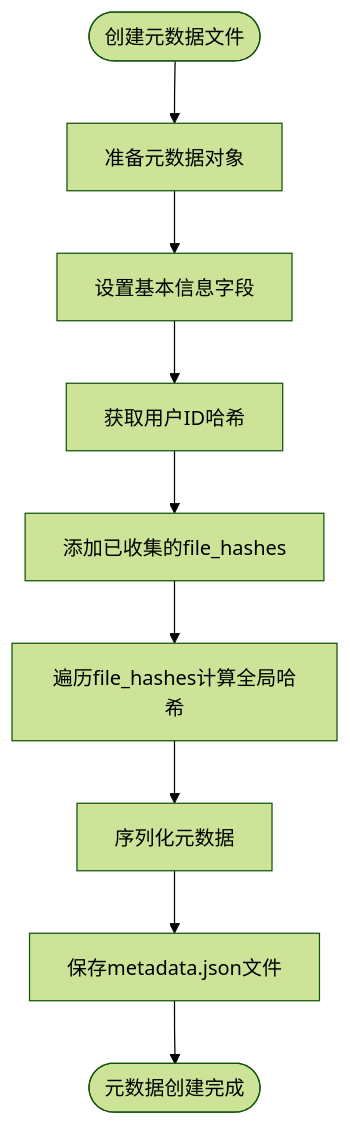
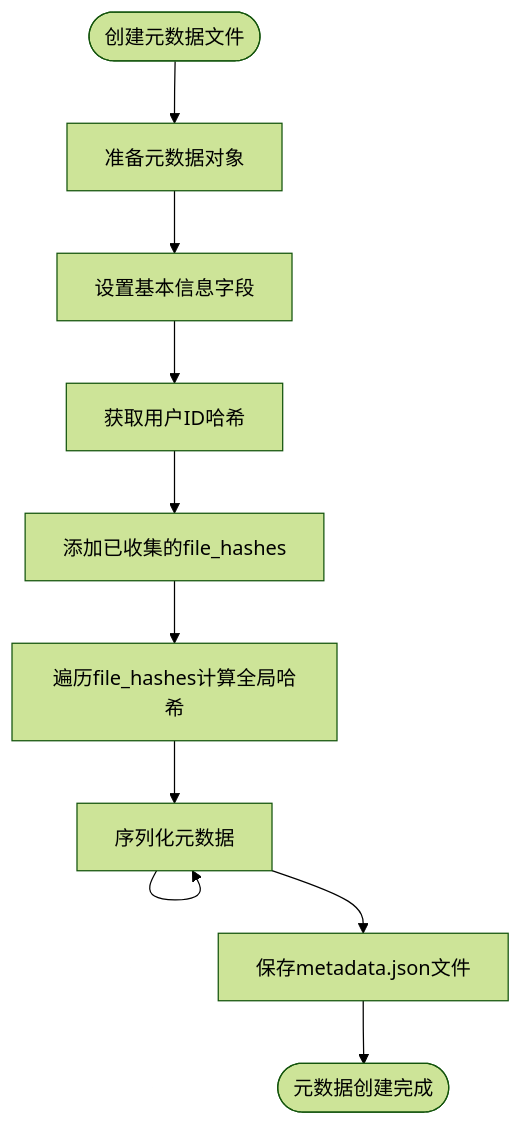
One commit to yingjianzh/iodraw-files changed the diagram in all/未命名-56.md. Above: the diagram before and after it, drawn with Mermaid (forest theme).

Commit message:
2025-05-12 14:58:13 update

````diff
--- a/all/未命名-56.md
+++ b/all/未命名-56.md
@@ -1,18 +1,18 @@
 ```mermaid
 
 flowchart TD
     Start([创建元数据文件]) --> PrepareMetadataObj[准备元数据对象]
     PrepareMetadataObj --> SetBasicInfo[设置基本信息字段]
     SetBasicInfo --> GetUserIDHash[获取用户ID哈希]
     
     GetUserIDHash --> AddFileHashes[添加已收集的file_hashes]
     AddFileHashes --> CalculateGlobalHash[遍历file_hashes计算全局哈希]
     
     CalculateGlobalHash --> SerializeMetadata[序列化元数据]
     
-    SerializeMetadata
+    SerializeMetadata --> 
     SerializeMetadata --> SaveMetadataFile[保存metadata.json文件]
     
     SaveMetadataFile --> End([元数据创建完成])
 
 ```
````
